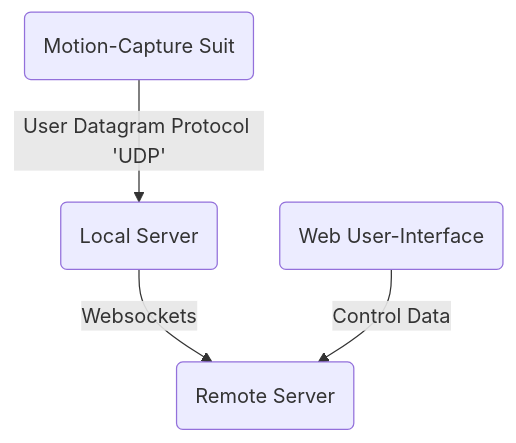
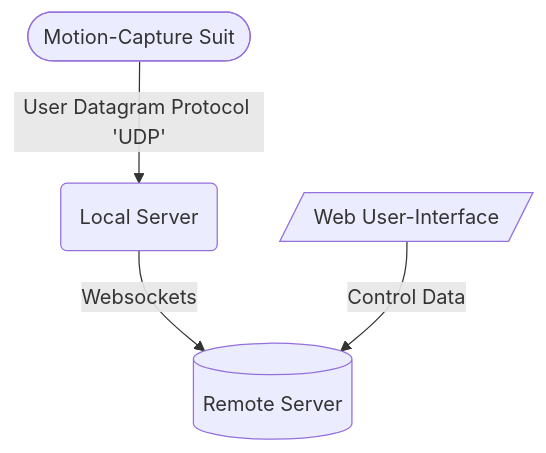
Before and after one commit to goldsmocap/mocap-streamer: the second of 3 diagrams in project_overview_mermaid.md, drawn with Mermaid. The commit also changed other lines of this file, not shown here.

````diff
--- a/project_overview_mermaid.md
+++ b/project_overview_mermaid.md
@@ -14,7 +19,10 @@
 ```mermaid
   flowchart TD;
 
-    Suit(Motion-Capture Suit)--User Datagram Protocol 'UDP'-->Local(Local Server);
-    Local(Local Server)--Websockets-->Remote(Remote Server);
-    UI(Web User-Interface)--Control Data-->Remote; 
+    Suit([Motion-Capture Suit])--User Datagram Protocol 'UDP'-->
+    Local(Local Server)--Websockets-->
+    Remote[(Remote Server)];
+
+    UIUI[/Web User-Interface/]--Control Data-->Remote; 
+
 ```
````
